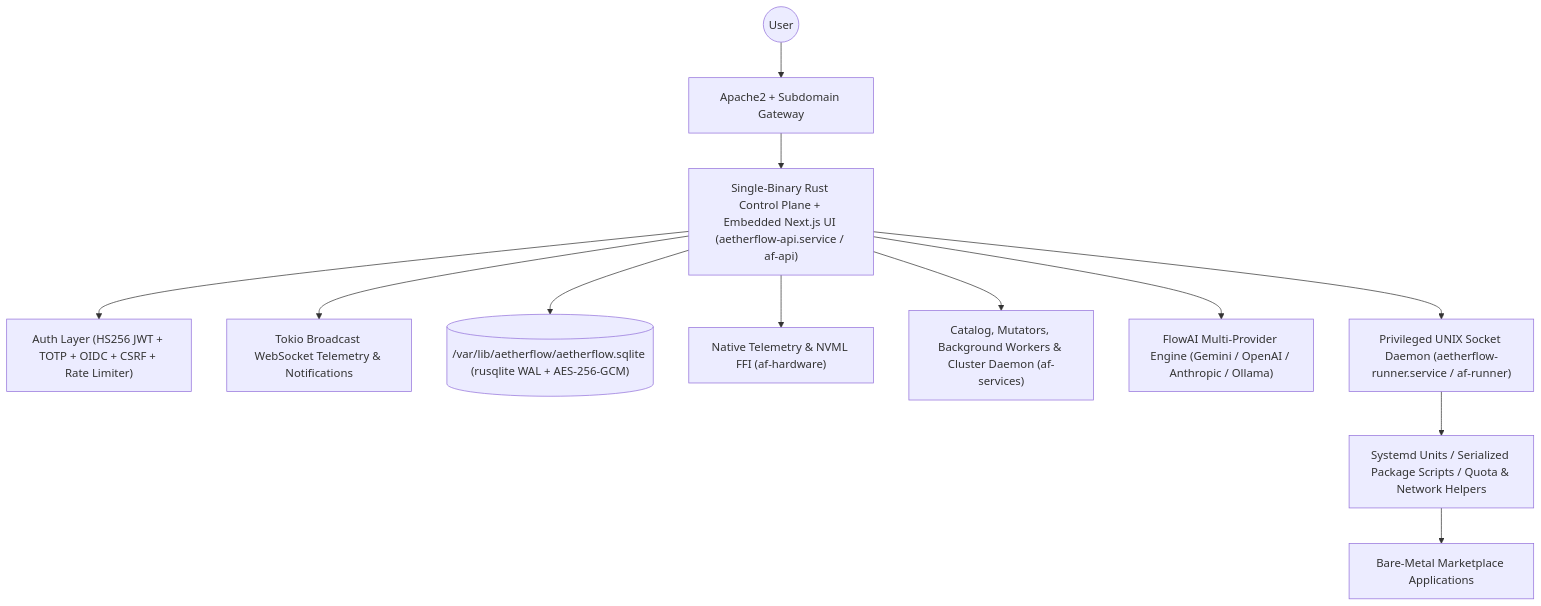
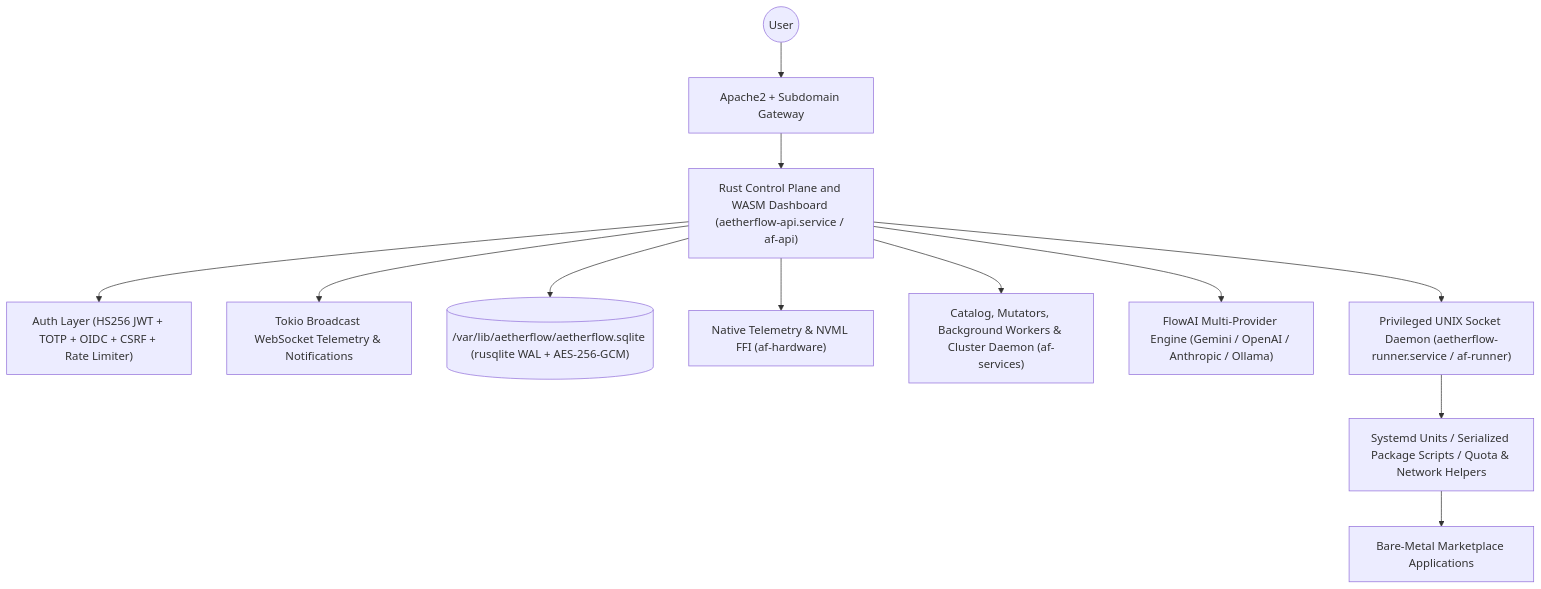
The diagram in docs/architecture.md (McEveritts/AetherFlow), drawn with Mermaid before and after one commit. The commit also changed other lines of this file and 321 other files, not shown here.

First line of the commit message:
feat(nightly): ship the Rust WASM dashboard

````diff
--- a/docs/architecture.md
+++ b/docs/architecture.md
@@ -7,14 +7,14 @@
 ```mermaid
 graph TD
     User((User)) --> Apache["Apache2 + Subdomain Gateway"]
-    Apache --> API["Single-Binary Rust Control Plane + Embedded Next.js UI (aetherflow-api.service / af-api)"]
+    Apache --> API["Rust Control Plane and WASM Dashboard (aetherflow-api.service / af-api)"]
     API --> Auth["Auth Layer (HS256 JWT + TOTP + OIDC + CSRF + Rate Limiter)"]
     API --> WS["Tokio Broadcast WebSocket Telemetry & Notifications"]
     API --> DB[("/var/lib/aetherflow/aetherflow.sqlite (rusqlite WAL + AES-256-GCM)")]
     API --> HW["Native Telemetry & NVML FFI (af-hardware)"]
     API --> Services["Catalog, Mutators, Background Workers & Cluster Daemon (af-services)"]
     API --> AI["FlowAI Multi-Provider Engine (Gemini / OpenAI / Anthropic / Ollama)"]
     API --> Runner["Privileged UNIX Socket Daemon (aetherflow-runner.service / af-runner)"]
     Runner --> Sys["Systemd Units / Serialized Package Scripts / Quota & Network Helpers"]
     Sys --> Apps["Bare-Metal Marketplace Applications"]
 ```
````
